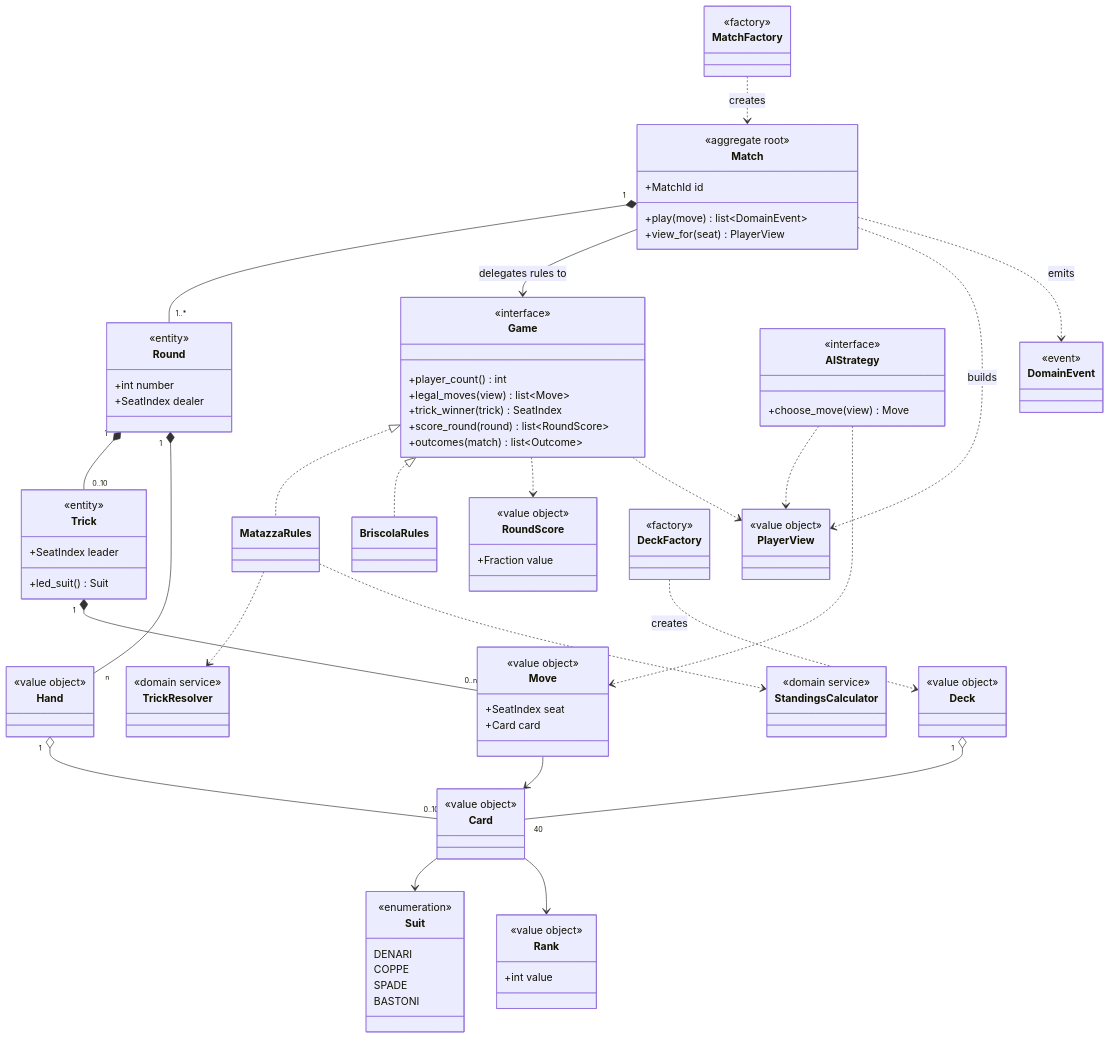
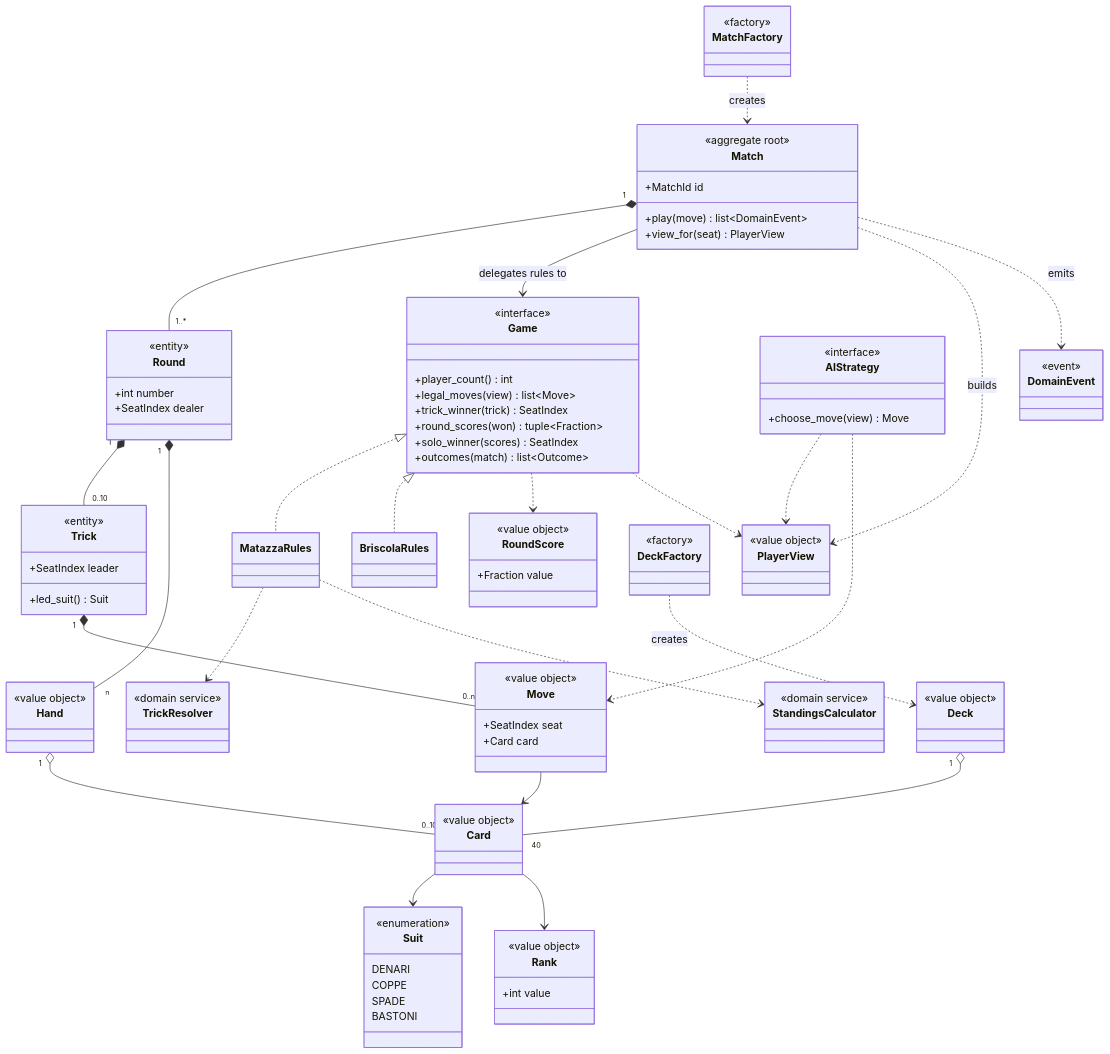
One commit to unibo-dtm-se-2526-italian-card-games/artifact changed the second of 3 diagrams in docs/domain-model.md. Above: the diagram before and after it, drawn with Mermaid. The commit also changed other lines of this file, not shown here.

Commit message:
docs(domain-model): add round_scores and solo_winner to the game port
Replaces the planned score_round in the Game class diagram and the port notes. Covers FR-12, FR-13.

```diff
--- a/docs/domain-model.md
+++ b/docs/domain-model.md
@@ -184,7 +184,8 @@
         +player_count() int
         +legal_moves(view) list~Move~
         +trick_winner(trick) SeatIndex
-        +score_round(round) list~RoundScore~
+        +round_scores(won) tuple~Fraction~
+        +solo_winner(scores) SeatIndex
         +outcomes(match) list~Outcome~
     }
     class MatazzaRules
```
